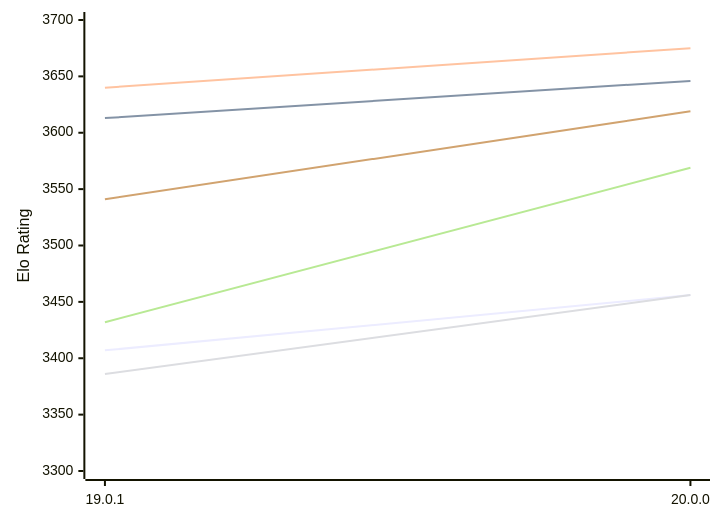
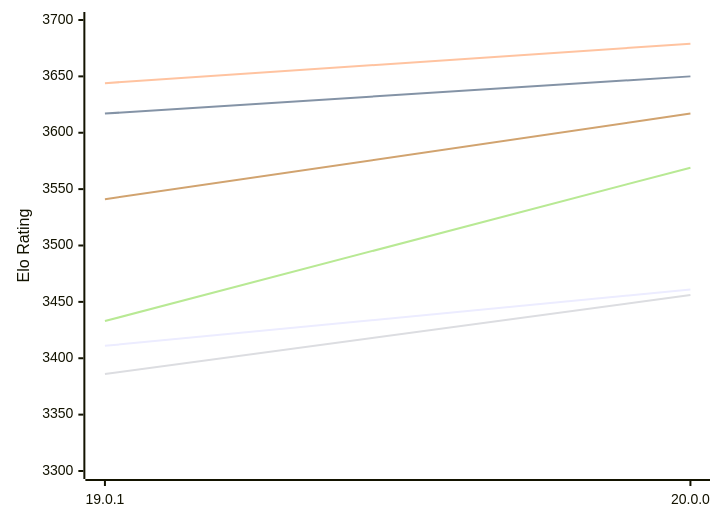
One commit to computer-chess-index/cci changed the first of 2 diagrams in engines/Viridithas.md. Above: the diagram before and after it, drawn with Mermaid. The commit also changed other lines of this file, not shown here.

Commit message:
Update CCI Ratings (ELO VLTC) - 2026-11-22

````diff
--- a/engines/Viridithas.md
+++ b/engines/Viridithas.md
@@ -58,12 +58,12 @@
 ```mermaid
 %%{init: {"theme":"base","themeVariables":{"seriesColors:['#a3a3a3','#222221','#faa371']}}}%%
 xychart-beta
   x-axis ["19.0.1", "20.0.0"]
   y-axis "Elo Rating" 3300 --> 3700
-  line "E1: STC (8.0+0.08s)" [3407, 3456]
-  line "E1: LTC (60.0+0.60s)" [3613, 3646]
-  line "E1: VLTC (2m24s+1.12s)" [3640, 3675]
+  line "E1: STC (8.0+0.08s)" [3411, 3461]
+  line "E1: LTC (60.0+0.60s)" [3617, 3650]
+  line "E1: VLTC (2m24s+1.12s)" [3644, 3679]
   line "P1: STC (8.0+0.08s)" [3386, 3456]
-  line "P1: LTC (60.0+0.60s)" [3432, 3569]
-  line "P1: VLTC (2m24s+1.12s)" [3541, 3619]
+  line "P1: LTC (60.0+0.60s)" [3433, 3569]
+  line "P1: VLTC (2m24s+1.12s)" [3541, 3617]
 ```
````
